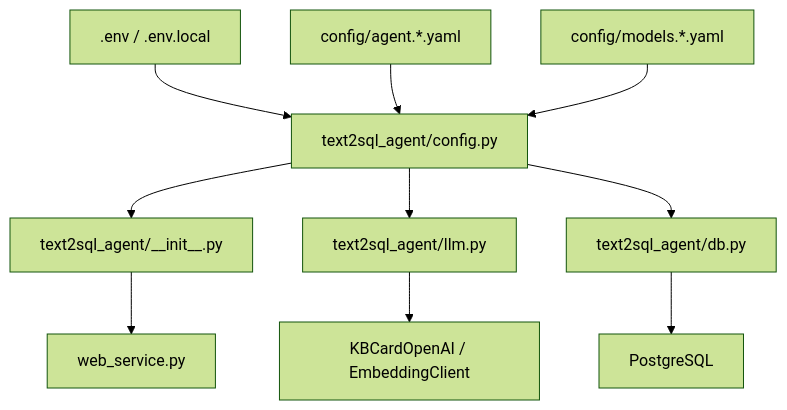
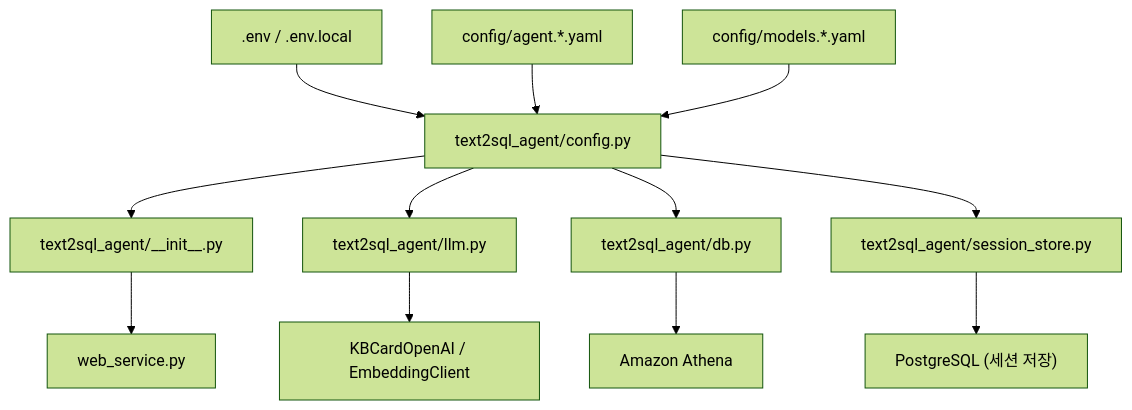
Before and after one commit to sminsu/corporate_sales: the diagram in docs/configuration-flow.md, drawn with Mermaid (forest theme). The commit also changed other lines of this file and 14 other files, not shown here.

First line of the commit message:
Run business queries on Athena only; keep PostgreSQL for session storage

````diff
--- a/docs/configuration-flow.md
+++ b/docs/configuration-flow.md
@@ -8,12 +8,14 @@
 ```mermaid
 flowchart TD
     EnvFiles[".env / .env.local"] --> ConfigPy["text2sql_agent/config.py"]
     AgentYaml["config/agent.*.yaml"] --> ConfigPy
     ModelYaml["config/models.*.yaml"] --> ConfigPy
     ConfigPy --> InitPy["text2sql_agent/__init__.py"]
     InitPy --> Web["web_service.py"]
     ConfigPy --> LLM["text2sql_agent/llm.py"]
     ConfigPy --> DB["text2sql_agent/db.py"]
     LLM --> CommonLLM["KBCardOpenAI / EmbeddingClient"]
-    DB --> Postgres["PostgreSQL"]
+    DB --> Athena["Amazon Athena"]
+    ConfigPy --> Store["text2sql_agent/session_store.py"]
+    Store --> Postgres["PostgreSQL (세션 저장)"]
 ```
````
